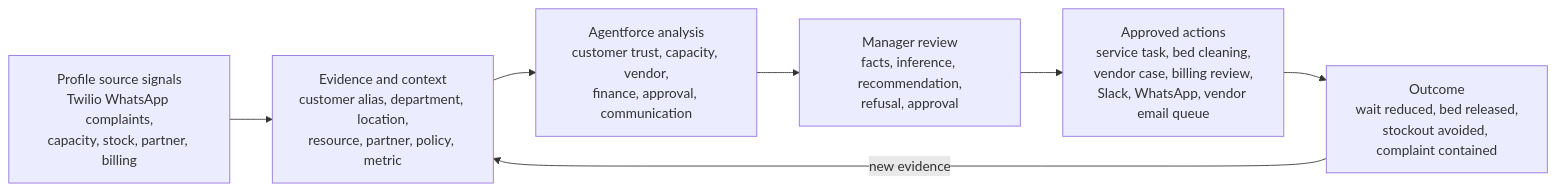
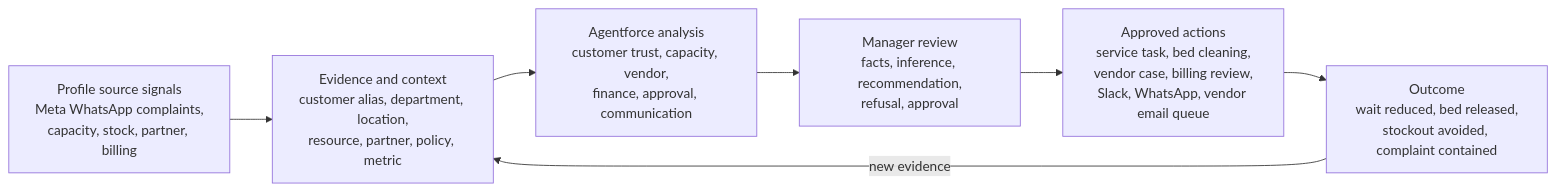
The first of 2 diagrams in docs/architecture.md (freeapikeys/HackathonSalesforce), drawn with Mermaid before and after one commit. The commit also changed other lines of this file and 11 other files, not shown here.

Commit message:
docs: align Meta WhatsApp task split

````diff
--- a/docs/architecture.md
+++ b/docs/architecture.md
@@ -10,12 +10,12 @@
 ```mermaid
 flowchart LR
-    SOURCES["Profile source signals<br/>Twilio WhatsApp complaints,<br/>capacity, stock, partner, billing"]
+    SOURCES["Profile source signals<br/>Meta WhatsApp complaints,<br/>capacity, stock, partner, billing"]
     CONTEXT["Evidence and context<br/>customer alias, department, location,<br/>resource, partner, policy, metric"]
     AGENTS["Agentforce analysis<br/>customer trust, capacity, vendor,<br/>finance, approval, communication"]
     REVIEW["Manager review<br/>facts, inference, recommendation,<br/>refusal, approval"]
     ACTIONS["Approved actions<br/>service task, bed cleaning,<br/>vendor case, billing review,<br/>Slack, WhatsApp, vendor email queue"]
     OUTCOME["Outcome<br/>wait reduced, bed released,<br/>stockout avoided, complaint contained"]
 
     SOURCES --> CONTEXT --> AGENTS --> REVIEW --> ACTIONS --> OUTCOME
     OUTCOME -->|"new evidence"| CONTEXT
 ```
````
